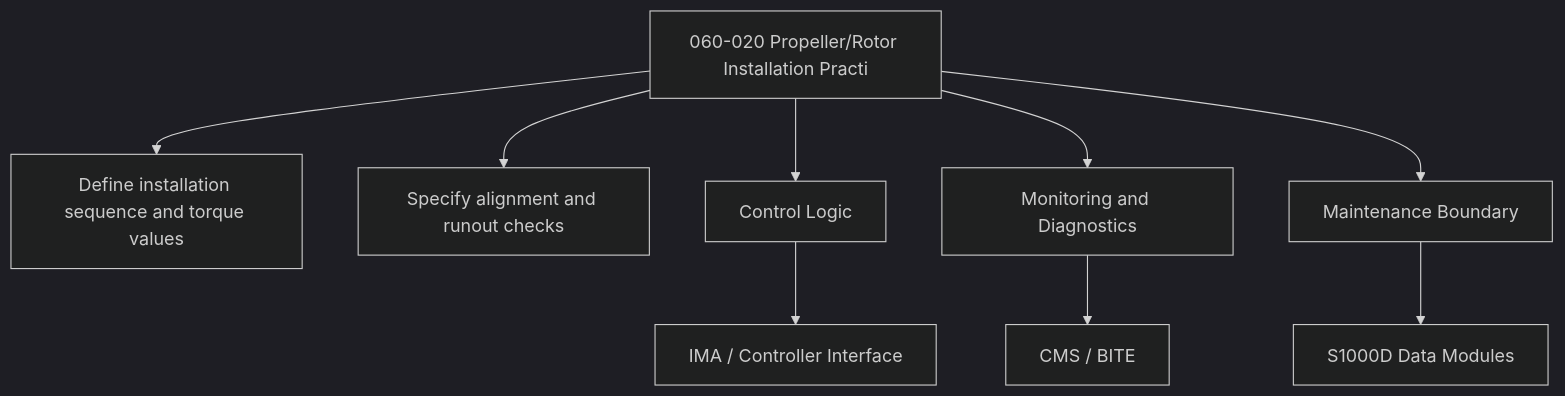
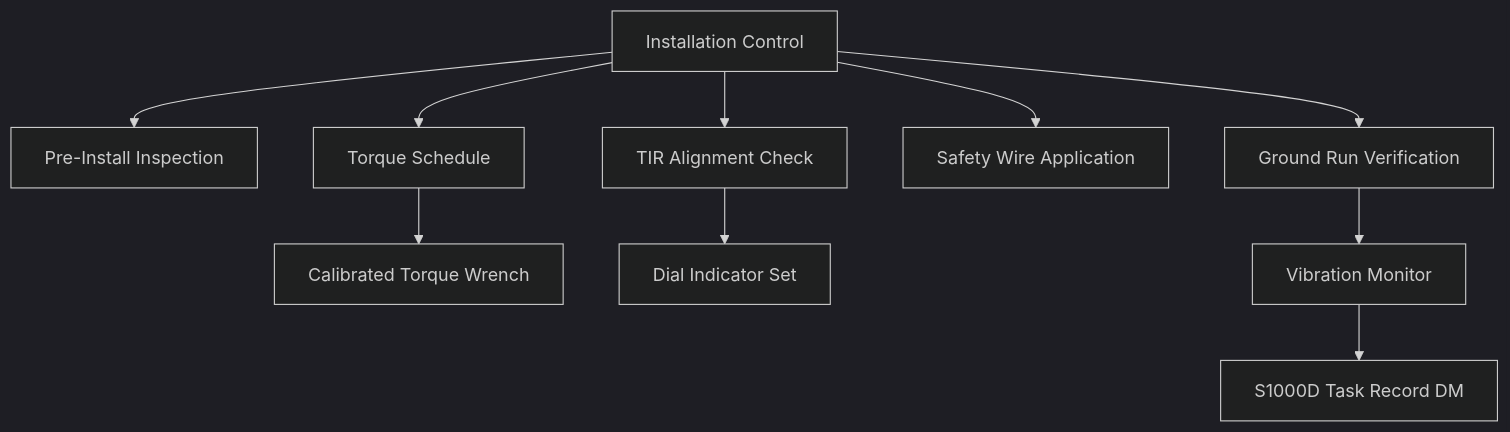
Before and after one commit to AmedeoPelliccia/Qplus-For-All-Queer-People-and-Quantum: the second of 2 diagrams in Q+ATLANTIDE/000-099_ATLAS/060-069_Propulsion-Tradicional/060_Standard-Practices-Propeller-Rotor/060-020-Propeller-Rotor-Installation-Practices.md, drawn with Mermaid (dark theme). The commit also changed other lines of this file and 74 other files, not shown here.

````diff
--- a/Q+ATLANTIDE/000-099_ATLAS/060-069_Propulsion-Tradicional/060_Standard-Practices-Propeller-Rotor/060-020-Propeller-Rotor-Installation-Practices.md
+++ b/Q+ATLANTIDE/000-099_ATLAS/060-069_Propulsion-Tradicional/060_Standard-Practices-Propeller-Rotor/060-020-Propeller-Rotor-Installation-Practices.md
@@ -172,11 +111,12 @@
 ```mermaid
 flowchart TB
-    SYS[060-020 Propeller/Rotor Installation Practi] --> F1[Define installation sequence and torque values]
-    SYS --> F2[Specify alignment and runout checks]
-    SYS --> CTRL[Control Logic]
-    SYS --> MON[Monitoring and Diagnostics]
-    SYS --> MAINT[Maintenance Boundary]
-    CTRL --> IMA[IMA / Controller Interface]
-    MON --> CMS[CMS / BITE]
-    MAINT --> CSDB[S1000D Data Modules]
+    INSTALL[Installation Control] --> PREINSP[Pre-Install Inspection]
+    INSTALL --> TORQUE[Torque Schedule]
+    INSTALL --> ALIGN[TIR Alignment Check]
+    INSTALL --> SWIRE[Safety Wire Application]
+    INSTALL --> GRNDRUN[Ground Run Verification]
+    TORQUE --> TORQTOOL[Calibrated Torque Wrench]
+    ALIGN --> TIR[Dial Indicator Set]
+    GRNDRUN --> VIB[Vibration Monitor]
+    VIB --> CSDB[S1000D Task Record DM]
 ```
````
